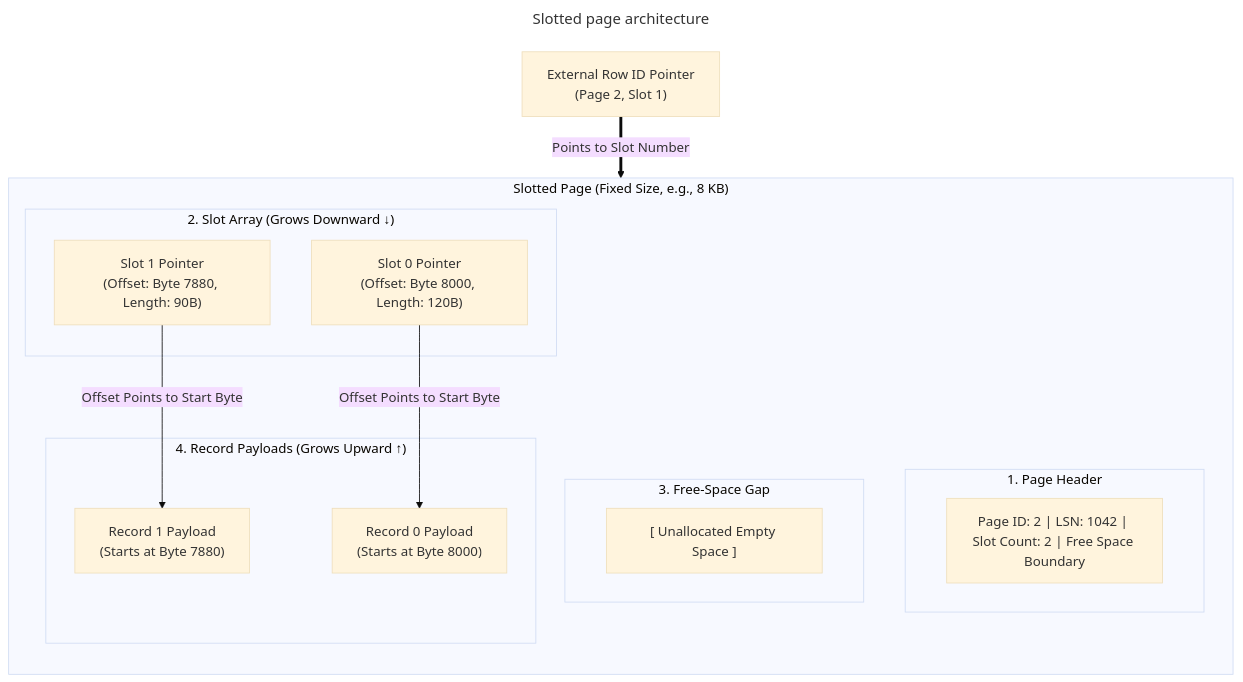
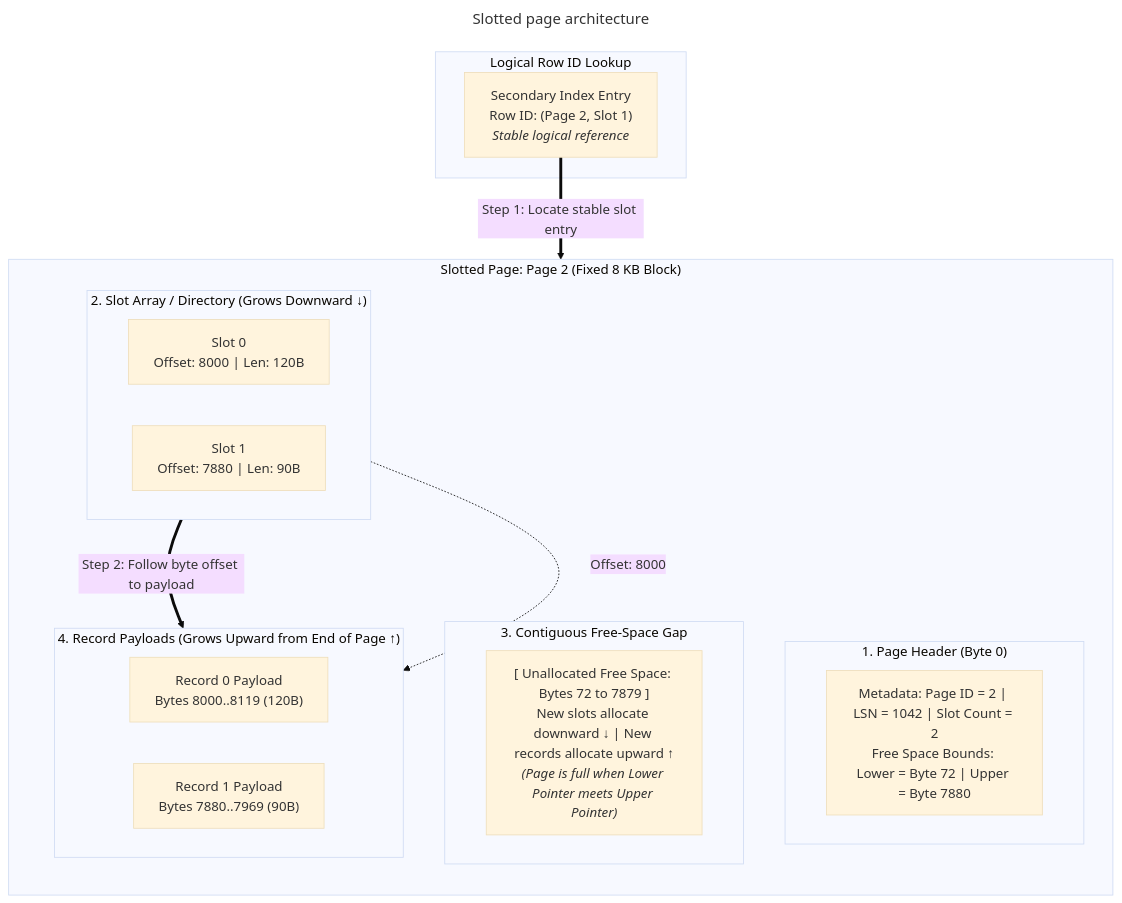
Before and after one commit to VineethChivukula/dedocs: the third of 4 diagrams in content/sql/database-storage-engine-internals.md, drawn with Mermaid (base theme). The commit also changed other lines of this file and 1 other file, not shown here.

Commit message:
Diagrams Enhancement

````diff
--- a/content/sql/database-storage-engine-internals.md
+++ b/content/sql/database-storage-engine-internals.md
@@ -177,34 +196,42 @@
 ```mermaid
 ---
 title: Slotted page architecture
 ---
-graph TD
-    subgraph Page ["Slotted Page (Fixed Size, e.g., 8 KB)"]
+flowchart TD
+    %% External caller / index
+    subgraph Lookup ["Logical Row ID Lookup"]
+        RowID["Secondary Index Entry<br/>Row ID: (Page 2, Slot 1)<br/><i>Stable logical reference</i>"]
+    end
+
+    %% Slotted Page Container
+    subgraph Page ["Slotted Page: Page 2 (Fixed 8 KB Block)"]
         direction TB
 
-        subgraph Header ["1. Page Header"]
-            H_Info["Page ID: 2 | LSN: 1042 | Slot Count: 2 | Free Space Boundary"]
+        subgraph Header ["1. Page Header (Byte 0)"]
+            H["Metadata: Page ID = 2 | LSN = 1042 | Slot Count = 2<br/>Free Space Bounds: Lower = Byte 72 | Upper = Byte 7880"]
         end
 
-        subgraph Slots ["2. Slot Array (Grows Downward ↓)"]
-            Slot0["Slot 0 Pointer<br/>(Offset: Byte 8000, Length: 120B)"]
-            Slot1["Slot 1 Pointer<br/>(Offset: Byte 7880, Length: 90B)"]
+        subgraph Slots ["2. Slot Array / Directory (Grows Downward ↓)"]
+            direction LR
+            Slot0["Slot 0<br/>Offset: 8000 | Len: 120B"]
+            Slot1["Slot 1<br/>Offset: 7880 | Len: 90B"]
         end
 
-        subgraph Gap ["3. Free-Space Gap"]
-            Free["[ Unallocated Empty Space ]"]
+        subgraph FreeSpace ["3. Contiguous Free-Space Gap"]
+            Gap["[ Unallocated Free Space: Bytes 72 to 7879 ]<br/>New slots allocate downward ↓ | New records allocate upward ↑<br/><i>(Page is full when Lower Pointer meets Upper Pointer)</i>"]
         end
 
-        subgraph Payloads ["4. Record Payloads (Grows Upward ↑)"]
-            Rec1["Record 1 Payload<br/>(Starts at Byte 7880)"]
-            Rec0["Record 0 Payload<br/>(Starts at Byte 8000)"]
+        subgraph Payloads ["4. Record Payloads (Grows Upward from End of Page ↑)"]
+            direction LR
+            Rec0["Record 0 Payload<br/>Bytes 8000..8119 (120B)"]
+            Rec1["Record 1 Payload<br/>Bytes 7880..7969 (90B)"]
         end
     end
 
-    %% External Reference
-    RowID["External Row ID Pointer<br/>(Page 2, Slot 1)"] ==>|"Points to Slot Number"| Slot1
+    %% Indirection Lookup Flow
+    RowID ==>|"Step 1: Locate stable slot entry"| Slot1
+    Slot1 ==>|"Step 2: Follow byte offset to payload"| Rec1
 
-    %% Internal Slot Pointers
-    Slot0 -->|"Offset Points to Start Byte"| Rec0
-    Slot1 -->|"Offset Points to Start Byte"| Rec1
+    %% Secondary slot mapping
+    Slot0 -.->|"Offset: 8000"| Rec0
 ```
````
